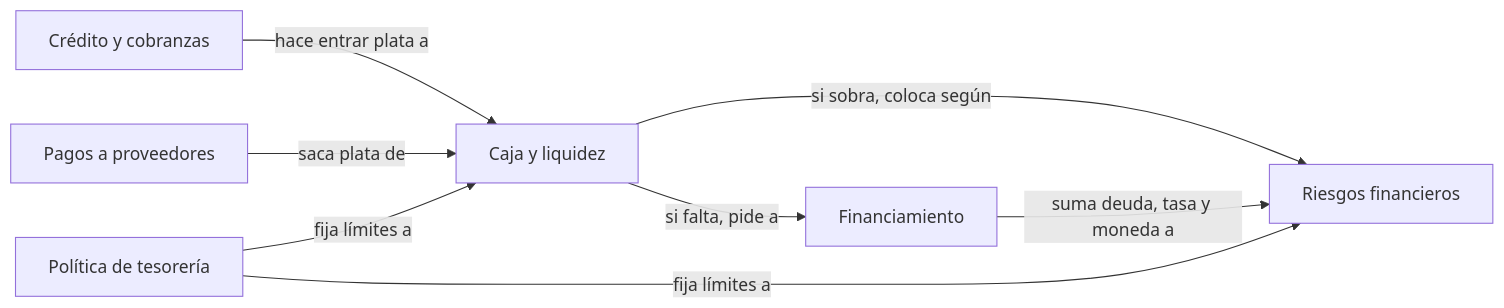
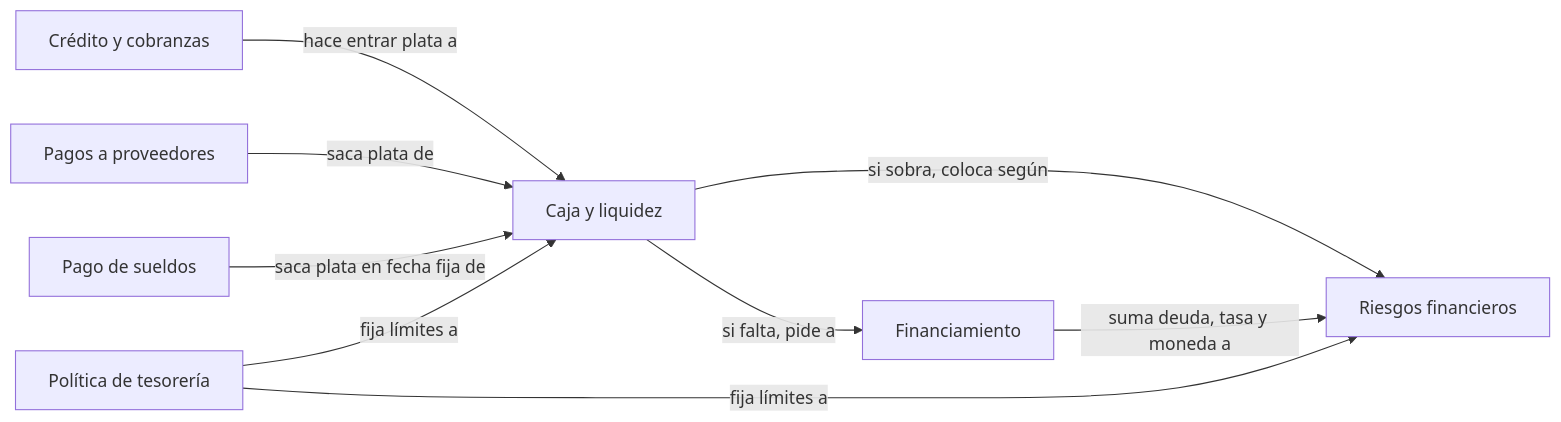
One commit to mtsdlf/conocimiento changed the diagram in Tesoreria/tesoreria.md. Above: the diagram before and after it, drawn with Mermaid. The commit also changed other lines of this file and 16 other files, not shown here.

First line of the commit message:
Tesorería: el pago de sueldos (borrador) (#183)

````diff
--- a/Tesoreria/tesoreria.md
+++ b/Tesoreria/tesoreria.md
@@ -29,10 +29,11 @@
 ```mermaid
 flowchart LR
   C[Crédito y cobranzas] -->|hace entrar plata a| L[Caja y liquidez]
   P[Pagos a proveedores] -->|saca plata de| L
+  S[Pago de sueldos] -->|saca plata en fecha fija de| L
   L -->|si falta, pide a| F[Financiamiento]
   L -->|si sobra, coloca según| R[Riesgos financieros]
   F -->|suma deuda, tasa y moneda a| R
   PT[Política de tesorería] -->|fija límites a| L
   PT -->|fija límites a| R
 ```
````
